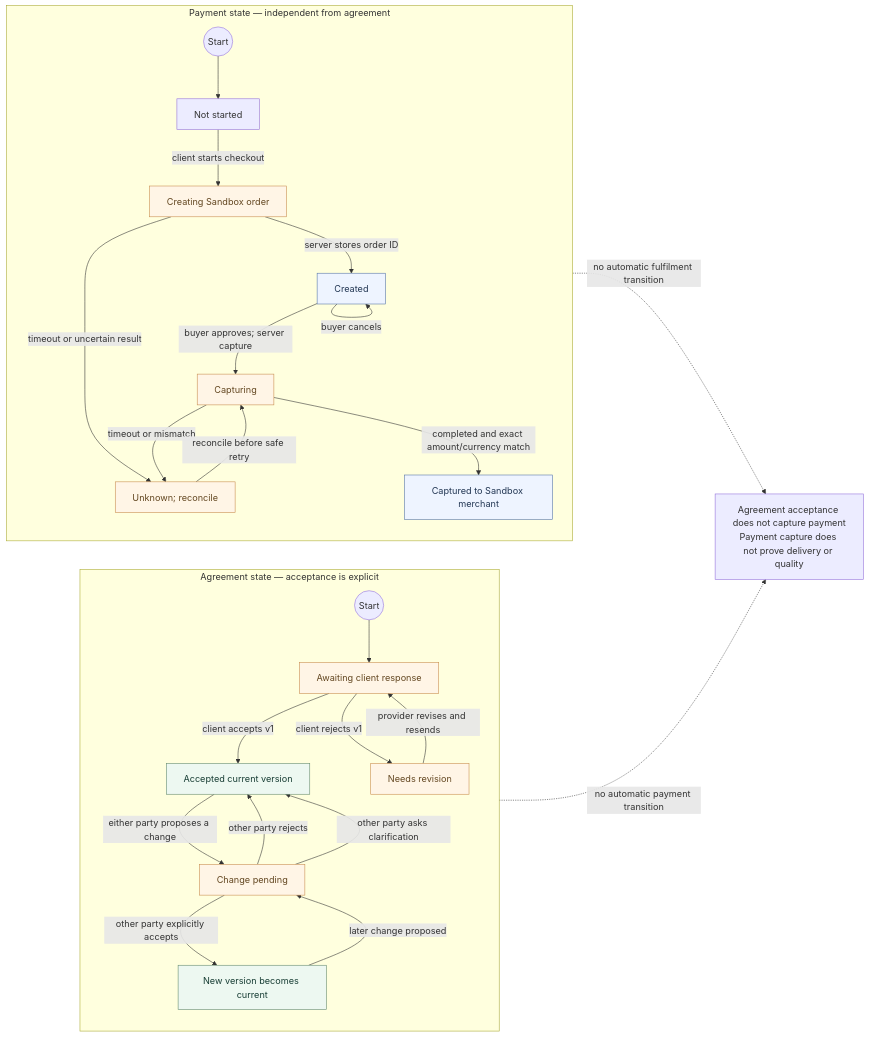
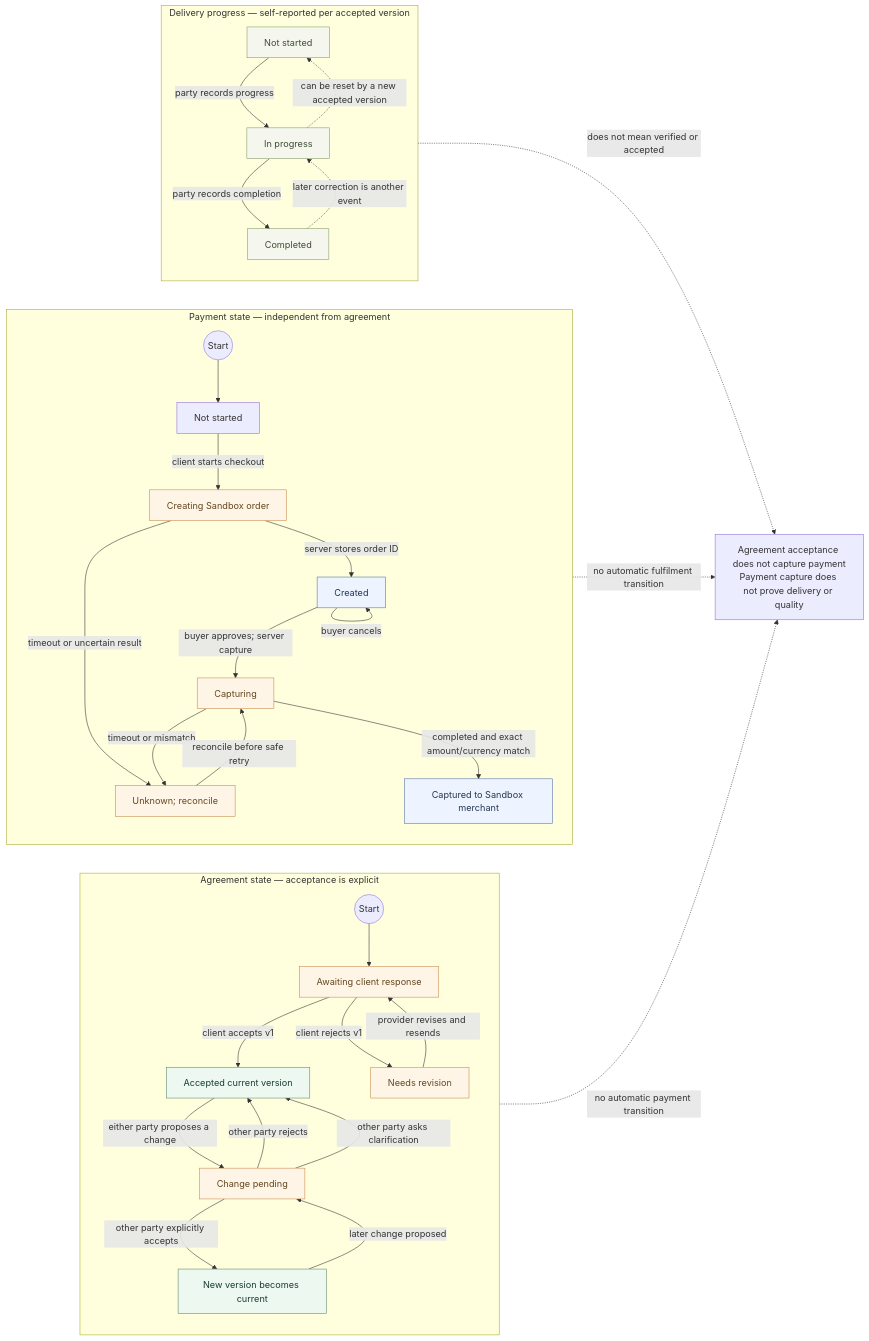
The diagram in docs/state-machines.mmd (Stan-lee13/pact-commitment-ledger), drawn with Mermaid before and after one commit. The commit also changed 16 other files, not shown here.

```diff
--- a/docs/state-machines.mmd
+++ b/docs/state-machines.mmd
@@ -1,37 +1,48 @@
 flowchart LR
   subgraph A[Agreement state — acceptance is explicit]
     direction TB
     A0((Start)) --> A1[Awaiting client response]
     A1 -->|client accepts v1| A2[Accepted current version]
     A1 -->|client rejects v1| A3[Needs revision]
     A3 -->|provider revises and resends| A1
     A2 -->|either party proposes a change| A4[Change pending]
     A4 -->|other party rejects| A2
     A4 -->|other party asks clarification| A2
     A4 -->|other party explicitly accepts| A5[New version becomes current]
     A5 -->|later change proposed| A4
   end
 
   subgraph P[Payment state — independent from agreement]
     direction TB
     P0((Start)) --> P1[Not started]
     P1 -->|client starts checkout| P2[Creating Sandbox order]
     P2 -->|server stores order ID| P3[Created]
     P2 -->|timeout or uncertain result| P6[Unknown; reconcile]
     P3 -->|buyer approves; server capture| P4[Capturing]
     P3 -->|buyer cancels| P3
     P4 -->|completed and exact amount/currency match| P5[Captured to Sandbox merchant]
     P4 -->|timeout or mismatch| P6
     P6 -->|reconcile before safe retry| P4
   end
 
+  subgraph D[Delivery progress — self-reported per accepted version]
+    direction TB
+    D0[Not started] -->|party records progress| D1[In progress]
+    D1 -->|party records completion| D2[Completed]
+    D2 -. later correction is another event .-> D1
+    D1 -. can be reset by a new accepted version .-> D0
+  end
+
   Separation[Agreement acceptance does not capture payment<br/>Payment capture does not prove delivery or quality]
   A5 -. no automatic payment transition .-> Separation
   P5 -. no automatic fulfilment transition .-> Separation
+  D2 -. does not mean verified or accepted .-> Separation
 
   classDef pending fill:#fff5e6,stroke:#c88c4e,color:#634721
   classDef accepted fill:#edf8f1,stroke:#63896c,color:#173d34
   classDef terminal fill:#eef4ff,stroke:#5574a4,color:#223653
+  classDef delivery fill:#f5f7ef,stroke:#879b6a,color:#3d4d30
   class A1,A4,A3,P2,P4,P6 pending
   class A2,A5 accepted
   class P3,P5 terminal
+  class D0,D1,D2 delivery
```
